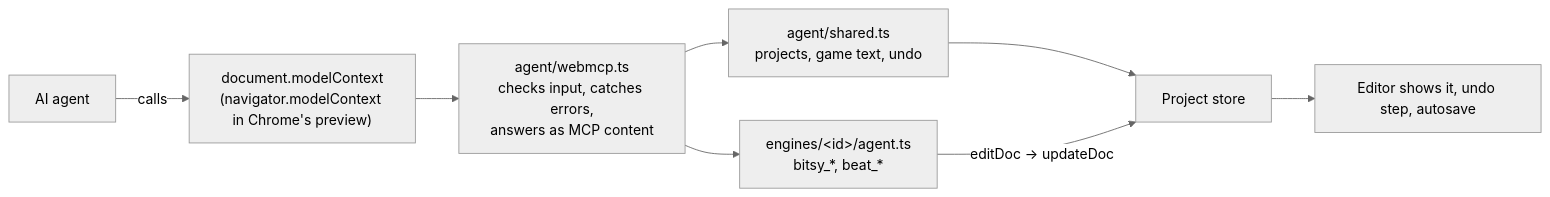
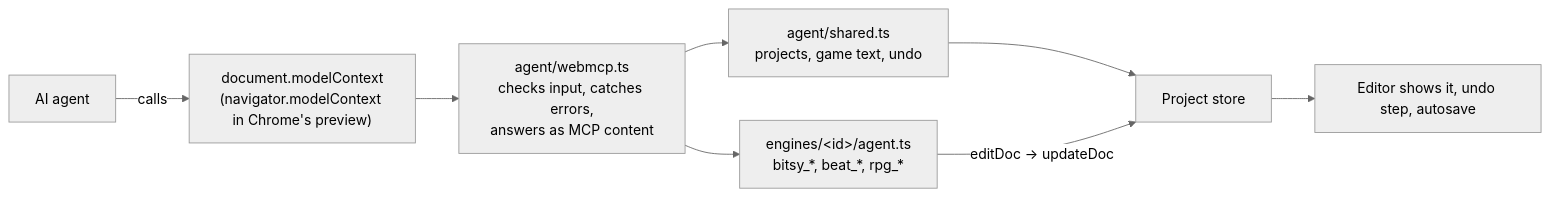
One commit to chili-chip/chili-creator changed the second of 2 diagrams in docs/develop/engines.md. Above: the diagram before and after it, drawn with Mermaid (neutral theme). The commit also changed other lines of this file and 38 other files, not shown here.

First line of the commit message:
Chili RPG: agent tools, Lost Ring tutorial and docs

````diff
--- a/docs/develop/engines.md
+++ b/docs/develop/engines.md
@@ -87,10 +89,10 @@
 ```mermaid
 flowchart LR
   A[AI agent] -- calls --> M["document.modelContext<br/>(navigator.modelContext in Chrome's preview)"]
   M --> W["agent/webmcp.ts<br/>checks input, catches errors,<br/>answers as MCP content"]
   W --> S["agent/shared.ts<br/>projects, game text, undo"]
-  W --> E["engines/&lt;id&gt;/agent.ts<br/>bitsy_*, beat_*"]
+  W --> E["engines/&lt;id&gt;/agent.ts<br/>bitsy_*, beat_*, rpg_*"]
   S --> P[Project store]
   E -- "editDoc → updateDoc" --> P
   P --> U[Editor shows it, undo step, autosave]
 ```
````
